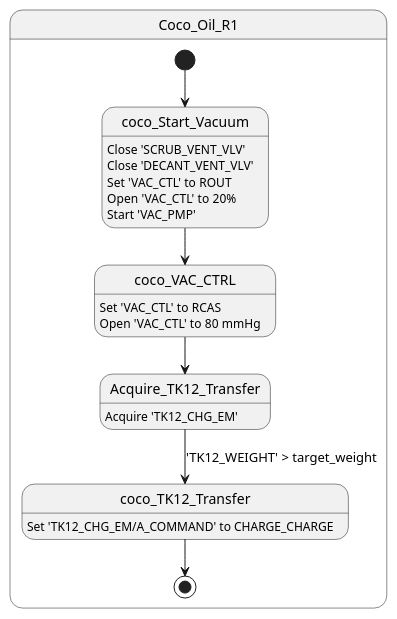
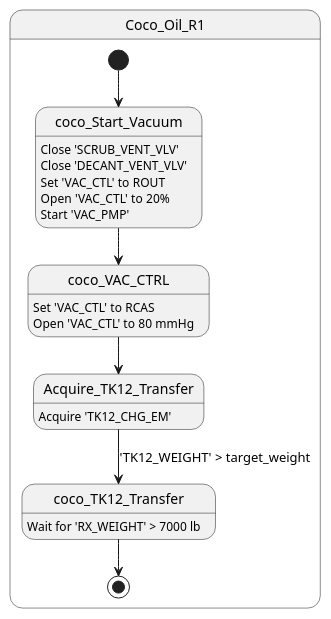
One commit to mekcrab/Solvay_test changed the diagram in specs/Recipe/Stage/A165-R1/Coco_Oil_R1.puml. Above: the diagram before and after it, drawn with PlantUML. The commit also changed 3 other files, not shown here.

```diff
--- a/specs/Recipe/Stage/A165-R1/Coco_Oil_R1.puml
+++ b/specs/Recipe/Stage/A165-R1/Coco_Oil_R1.puml
@@ -1,26 +1,26 @@
 @startuml
 
 state Coco_Oil_R1{
 [*] --> coco_Start_Vacuum
 
 coco_Start_Vacuum: Close 'SCRUB_VENT_VLV'
 coco_Start_Vacuum: Close 'DECANT_VENT_VLV'
 coco_Start_Vacuum: Set 'VAC_CTL' to ROUT
 coco_Start_Vacuum: Open 'VAC_CTL' to 20%
 coco_Start_Vacuum: Start 'VAC_PMP'
 
 coco_Start_Vacuum --> coco_VAC_CTRL
 coco_VAC_CTRL: Set 'VAC_CTL' to RCAS
 coco_VAC_CTRL: Open 'VAC_CTL' to 80 mmHg
 
 coco_VAC_CTRL --> Acquire_TK12_Transfer
 Acquire_TK12_Transfer: Acquire 'TK12_CHG_EM'
 
 Acquire_TK12_Transfer --> coco_TK12_Transfer: 'TK12_WEIGHT' > target_weight
 
-coco_TK12_Transfer: Set 'TK12_CHG_EM/A_COMMAND' to CHARGE_CHARGE
+coco_TK12_Transfer: Wait for 'RX_WEIGHT' > 7000 lb
 
 coco_TK12_Transfer --> [*]
 }
 
 @enduml
```
